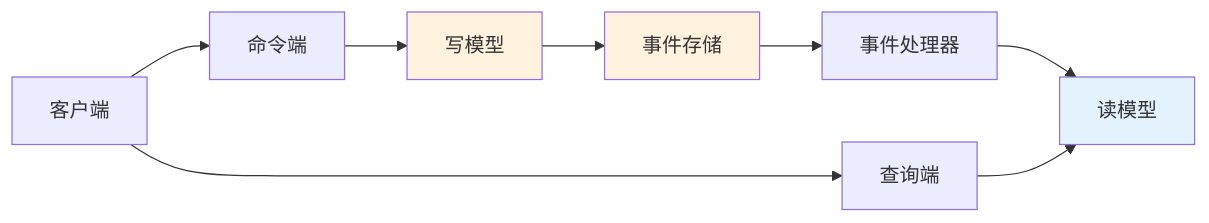
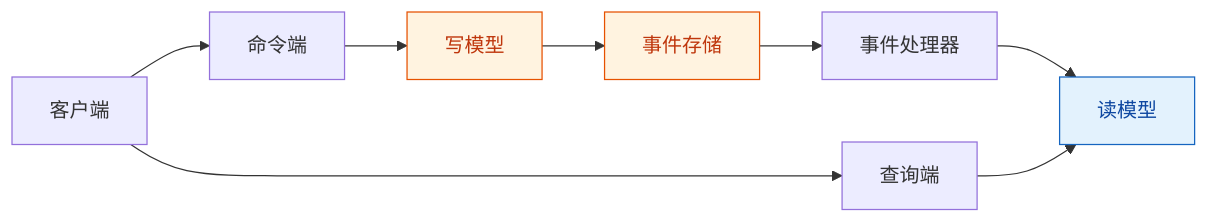
Before and after one commit to FreezeSoul/freezesoul.github.com: the ninth of 23 diagrams in _posts/2018-12-11-microservices-architecture.md, drawn with Mermaid. The commit also changed other lines of this file and 9 other files, not shown here.

Commit message:
修正mermaid配色与要求

````diff
--- a/_posts/2018-12-11-microservices-architecture.md
+++ b/_posts/2018-12-11-microservices-architecture.md
@@ -403,17 +403,17 @@
 ```mermaid
 graph LR
     A[客户端] --> B[命令端]
     A --> C[查询端]
 
     B --> D[写模型]
     D --> E[事件存储]
 
     E --> F[事件处理器]
     F --> G[读模型]
 
     C --> G
 
-    style D fill:#fff3e0
-    style E fill:#fff3e0
-    style G fill:#e3f2fd
+    style D fill:#fff3e0,stroke:#e65100,color:#bf360c
+    style E fill:#fff3e0,stroke:#e65100,color:#bf360c
+    style G fill:#e3f2fd,stroke:#1565c0,color:#0d47a1
 ```
````
